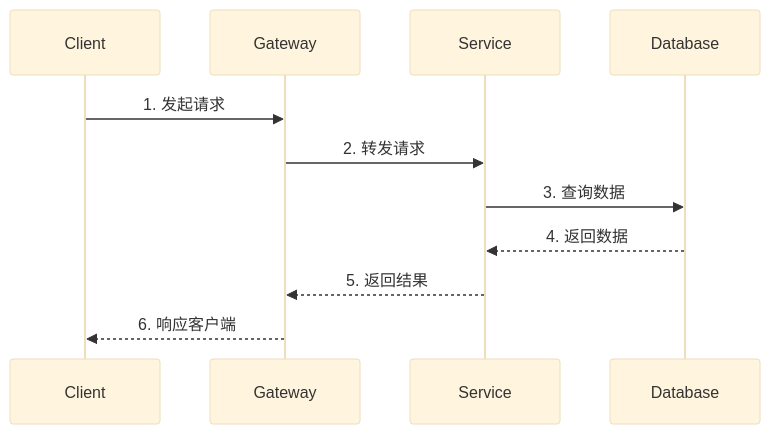
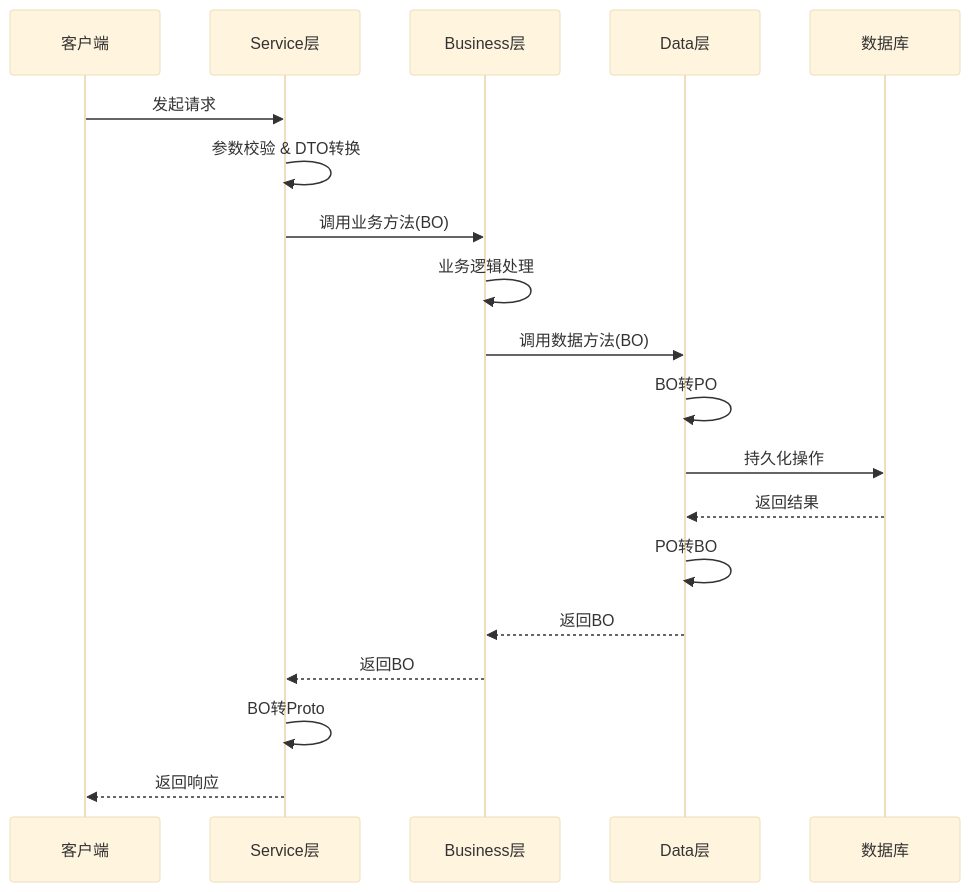
The first of 2 diagrams in docs/development_design_template.md (ikaiguang/go-srv-kit), drawn with Mermaid (base theme) before and after one commit. The commit also changed other lines of this file and 45 other files, not shown here.

````diff
--- a/docs/development_design_template.md
+++ b/docs/development_design_template.md
@@ -144,14 +194,22 @@
 ```mermaid
 sequenceDiagram
-    participant C as Client
-    participant G as Gateway
-    participant S as Service
-    participant DB as Database
-    
-    C->>G: 1. 发起请求
-    G->>S: 2. 转发请求
-    S->>DB: 3. 查询数据
-    DB-->>S: 4. 返回数据
-    S-->>G: 5. 返回结果
-    G-->>C: 6. 响应客户端
+    participant C as 客户端
+    participant S as Service层
+    participant B as Business层
+    participant D as Data层
+    participant DB as 数据库
+
+    C->>S: 发起请求
+    S->>S: 参数校验 & DTO转换
+    S->>B: 调用业务方法(BO)
+    B->>B: 业务逻辑处理
+    B->>D: 调用数据方法(BO)
+    D->>D: BO转PO
+    D->>DB: 持久化操作
+    DB-->>D: 返回结果
+    D->>D: PO转BO
+    D-->>B: 返回BO
+    B-->>S: 返回BO
+    S->>S: BO转Proto
+    S-->>C: 返回响应
 ```
````
